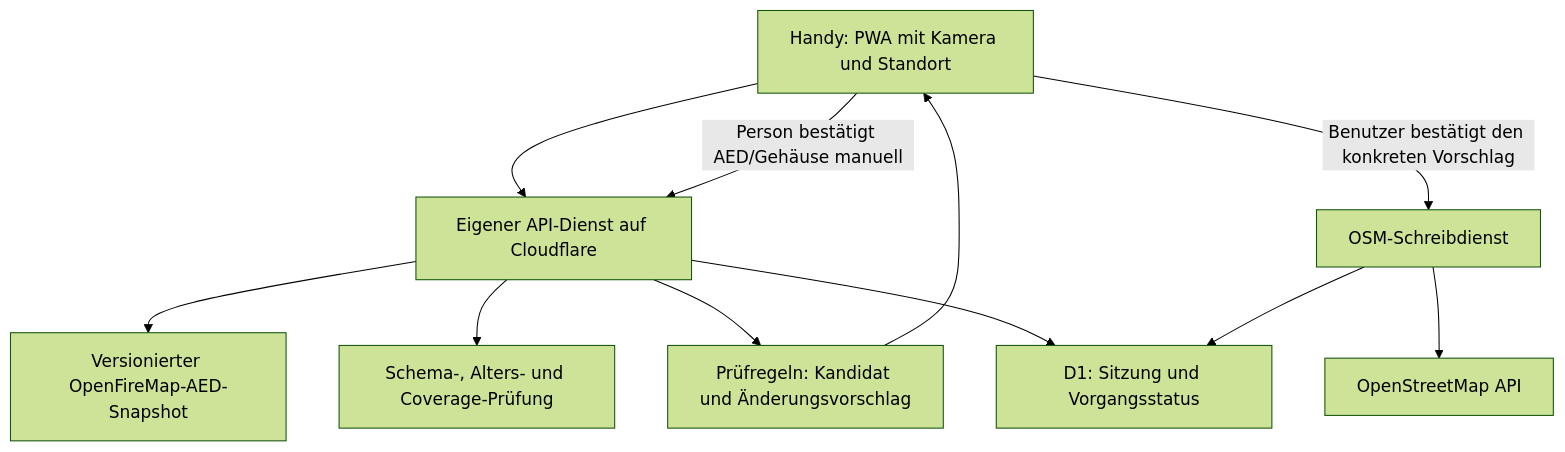
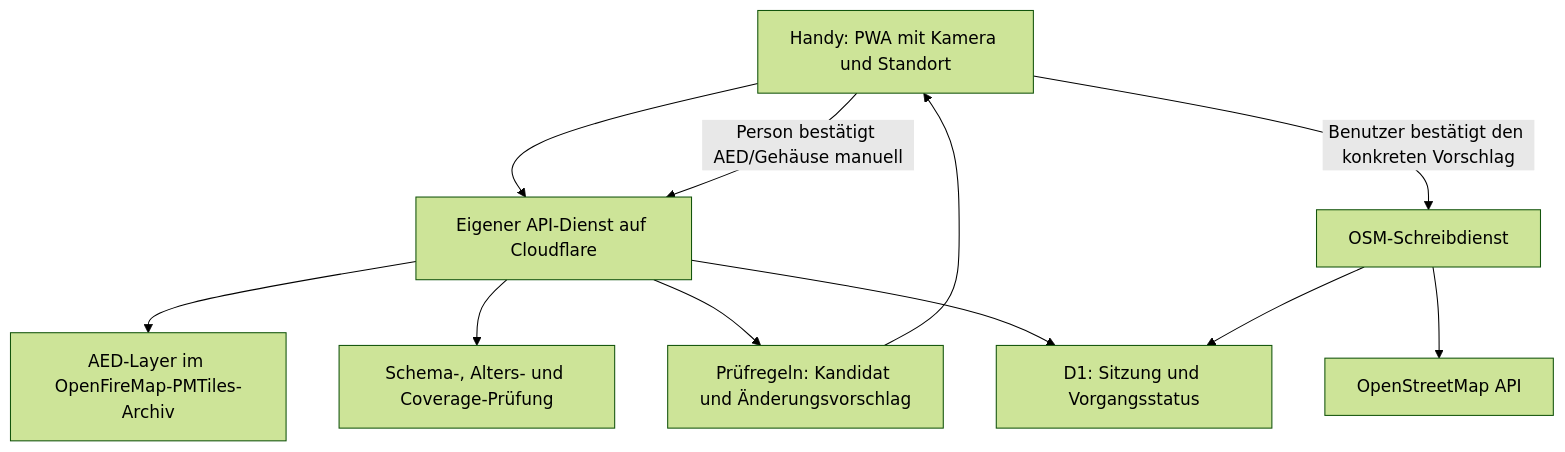
Before and after one commit to FrnkMrz/AEDjaeger: the diagram in docs/architektur.md, drawn with Mermaid (forest theme). The commit also changed other lines of this file and 9 other files, not shown here.

First line of the commit message:
Read nearby AEDs from OpenFireMap PMTiles

````diff
--- a/docs/architektur.md
+++ b/docs/architektur.md
@@ -116,13 +116,13 @@
 ```mermaid
 flowchart TD
   A[Handy: PWA mit Kamera und Standort] --> B[Eigener API-Dienst auf Cloudflare]
   A -->|Person bestätigt AED/Gehäuse manuell| B
-  B --> C[Versionierter OpenFireMap-AED-Snapshot]
+  B --> C[AED-Layer im OpenFireMap-PMTiles-Archiv]
   B --> D[Schema-, Alters- und Coverage-Prüfung]
   B --> E[Prüfregeln: Kandidat und Änderungsvorschlag]
   E --> A
   A -->|Benutzer bestätigt den konkreten Vorschlag| F[OSM-Schreibdienst]
   F --> G[OpenStreetMap API]
   B --> H[D1: Sitzung und Vorgangsstatus]
   F --> H
 ```
````
